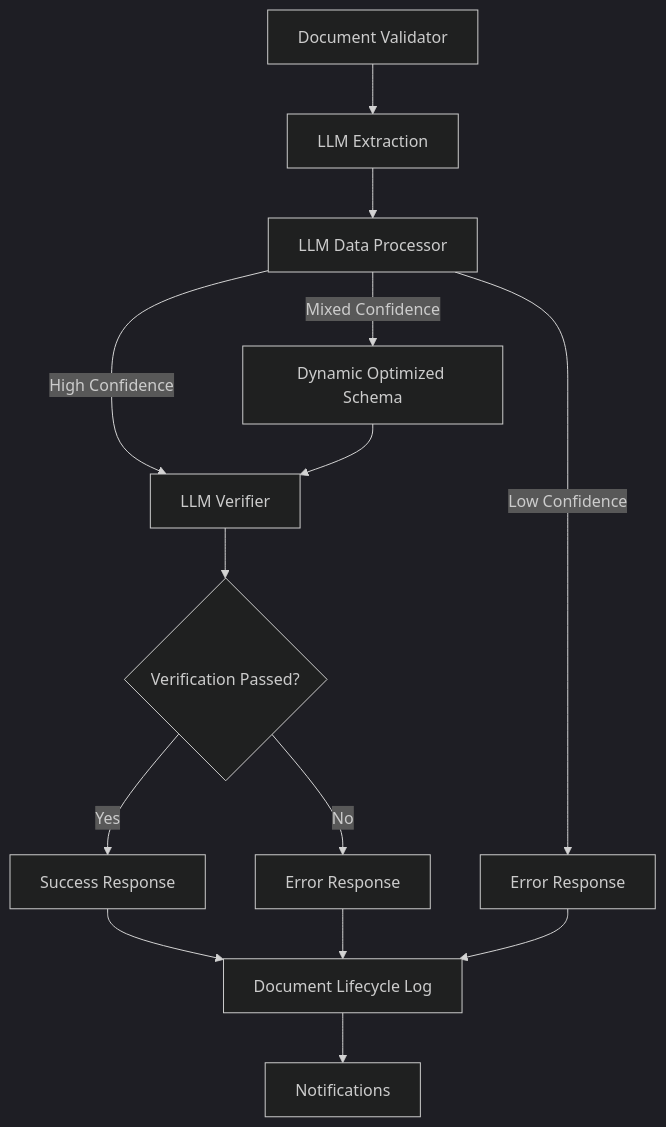
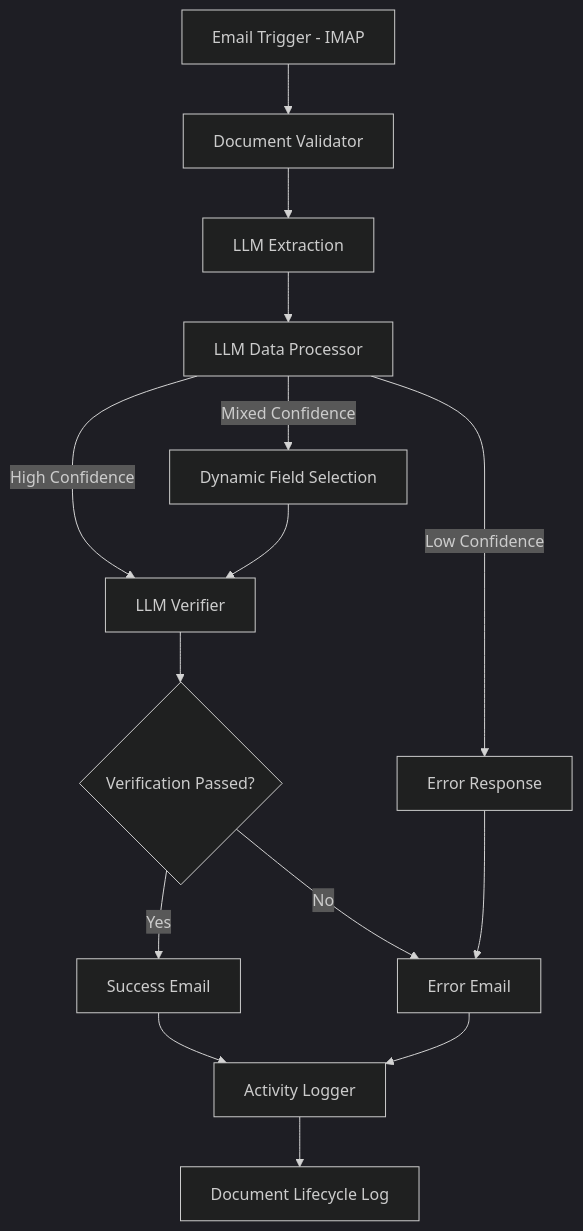
Before and after one commit to mpbrigham/materials-archive-extraction: the diagram in V1_Linear_Flow/README.md, drawn with Mermaid (dark theme). The commit also changed other lines of this file and 44 other files, not shown here.

````diff
--- a/V1_Linear_Flow/README.md
+++ b/V1_Linear_Flow/README.md
@@ -11,16 +11,17 @@
 ```mermaid
 flowchart TD
-    A[Document Validator] --> B[LLM Extraction]
-    B --> D[LLM Data Processor]
+    A[Email Trigger - IMAP] --> B[Document Validator]
+    B --> C[LLM Extraction]
+    C --> D[LLM Data Processor]
     D -->|High Confidence| E[LLM Verifier]
-    D -->|Mixed Confidence| F[Dynamic Optimized Schema]
-    D -->|Low Confidence| H[Error Response]
+    D -->|Mixed Confidence| F[Dynamic Field Selection]
+    D -->|Low Confidence| G[Error Response]
     F --> E
-    E --> I{Verification Passed?}
-    I -->|Yes| J[Success Response]
-    I -->|No| K[Error Response]
-    J --> L[Document Lifecycle Log]
-    H --> L
-    K --> L
-    L --> M[Notifications]
+    E --> H{Verification Passed?}
+    H -->|Yes| I[Success Email]
+    H -->|No| J[Error Email]
+    G --> J
+    I --> K[Activity Logger]
+    J --> K
+    K --> L[Document Lifecycle Log]
 ```
````
